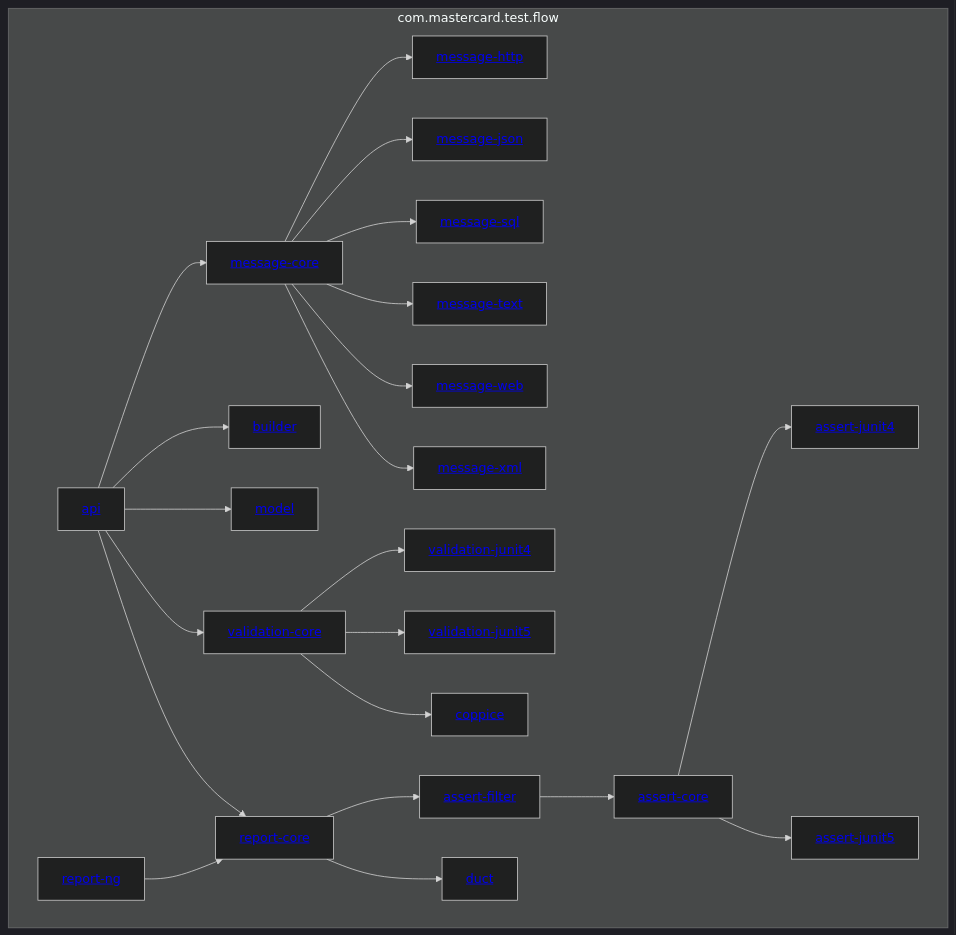
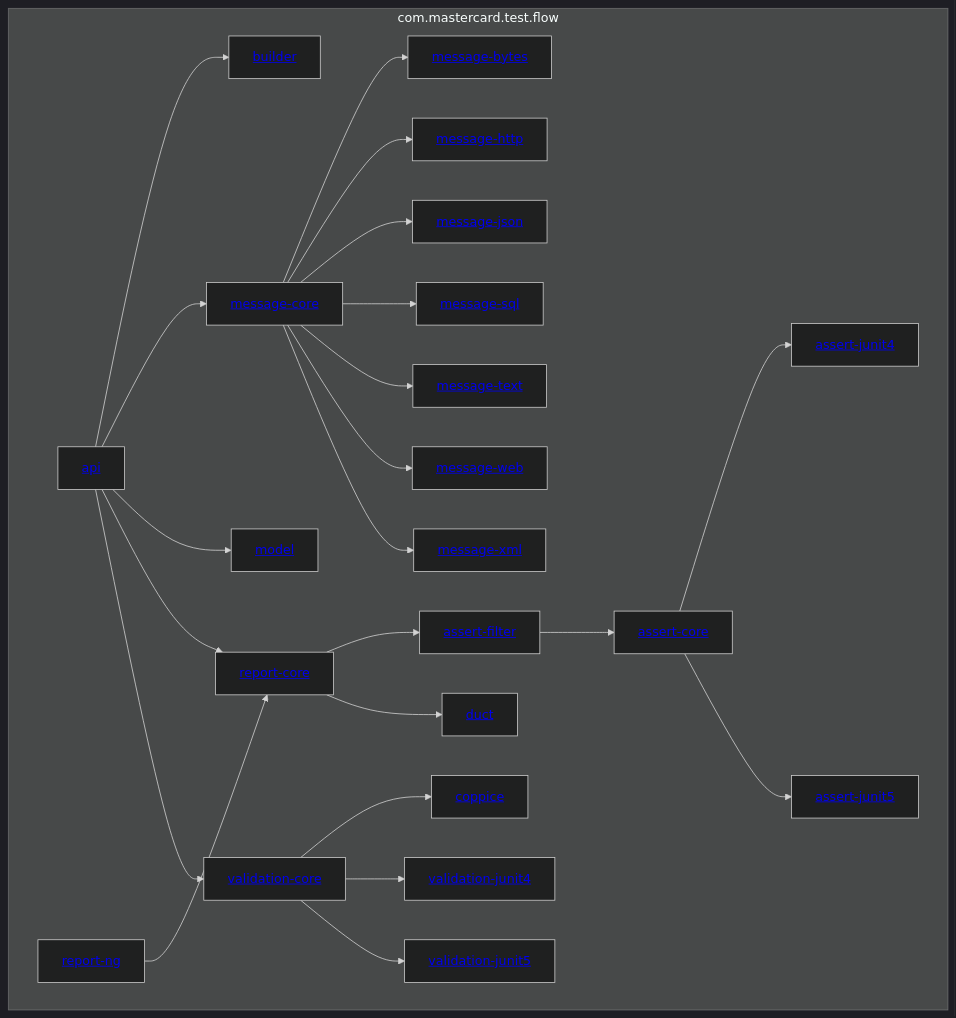
Before and after one commit to Mastercard/flow: the diagram in README.md, drawn with Mermaid (dark theme). The commit also changed 8 other files, not shown here.

````diff
--- a/README.md
+++ b/README.md
@@ -50,46 +50,48 @@
 ```mermaid
 graph TB
   subgraph com.mastercard.test.flow
     api[<a href='https://github.com/Mastercard/flow/tree/main/api'>api</a>]
     assert-core[<a href='https://github.com/Mastercard/flow/tree/main/assert/assert-core'>assert-core</a>]
     assert-filter[<a href='https://github.com/Mastercard/flow/tree/main/assert/assert-filter'>assert-filter</a>]
     assert-junit4[<a href='https://github.com/Mastercard/flow/tree/main/assert/assert-junit4'>assert-junit4</a>]
     assert-junit5[<a href='https://github.com/Mastercard/flow/tree/main/assert/assert-junit5'>assert-junit5</a>]
     builder[<a href='https://github.com/Mastercard/flow/tree/main/builder'>builder</a>]
     coppice[<a href='https://github.com/Mastercard/flow/tree/main/validation/coppice'>coppice</a>]
     duct[<a href='https://github.com/Mastercard/flow/tree/main/report/duct'>duct</a>]
+    message-bytes[<a href='https://github.com/Mastercard/flow/tree/main/message/message-bytes'>message-bytes</a>]
     message-core[<a href='https://github.com/Mastercard/flow/tree/main/message/message-core'>message-core</a>]
     message-http[<a href='https://github.com/Mastercard/flow/tree/main/message/message-http'>message-http</a>]
     message-json[<a href='https://github.com/Mastercard/flow/tree/main/message/message-json'>message-json</a>]
     message-sql[<a href='https://github.com/Mastercard/flow/tree/main/message/message-sql'>message-sql</a>]
     message-text[<a href='https://github.com/Mastercard/flow/tree/main/message/message-text'>message-text</a>]
     message-web[<a href='https://github.com/Mastercard/flow/tree/main/message/message-web'>message-web</a>]
     message-xml[<a href='https://github.com/Mastercard/flow/tree/main/message/message-xml'>message-xml</a>]
     model[<a href='https://github.com/Mastercard/flow/tree/main/model'>model</a>]
     report-core[<a href='https://github.com/Mastercard/flow/tree/main/report/report-core'>report-core</a>]
     report-ng[<a href='https://github.com/Mastercard/flow/tree/main/report/report-ng'>report-ng</a>]
     validation-core[<a href='https://github.com/Mastercard/flow/tree/main/validation/validation-core'>validation-core</a>]
     validation-junit4[<a href='https://github.com/Mastercard/flow/tree/main/validation/validation-junit4'>validation-junit4</a>]
     validation-junit5[<a href='https://github.com/Mastercard/flow/tree/main/validation/validation-junit5'>validation-junit5</a>]
   end
+  api --> builder
   api --> message-core
-  api --> builder
   api --> model
+  api --> report-core
   api --> validation-core
-  api --> report-core
   assert-core --> assert-junit4
   assert-core --> assert-junit5
   assert-filter --> assert-core
+  message-core --> message-bytes
   message-core --> message-http
   message-core --> message-json
   message-core --> message-sql
   message-core --> message-text
   message-core --> message-web
   message-core --> message-xml
   report-core --> assert-filter
   report-core --> duct
   report-ng --> report-core
+  validation-core --> coppice
   validation-core --> validation-junit4
   validation-core --> validation-junit5
-  validation-core --> coppice
 ```
````
